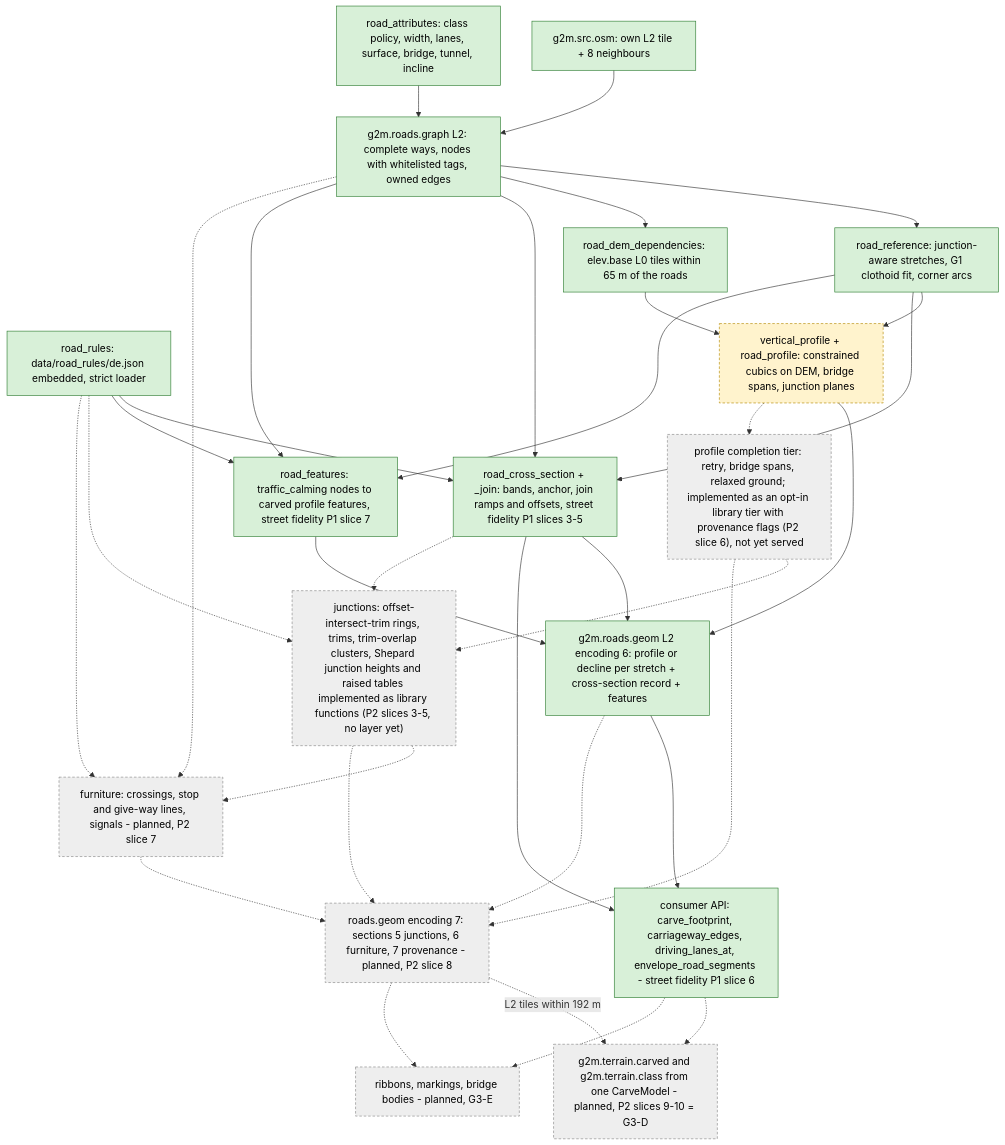
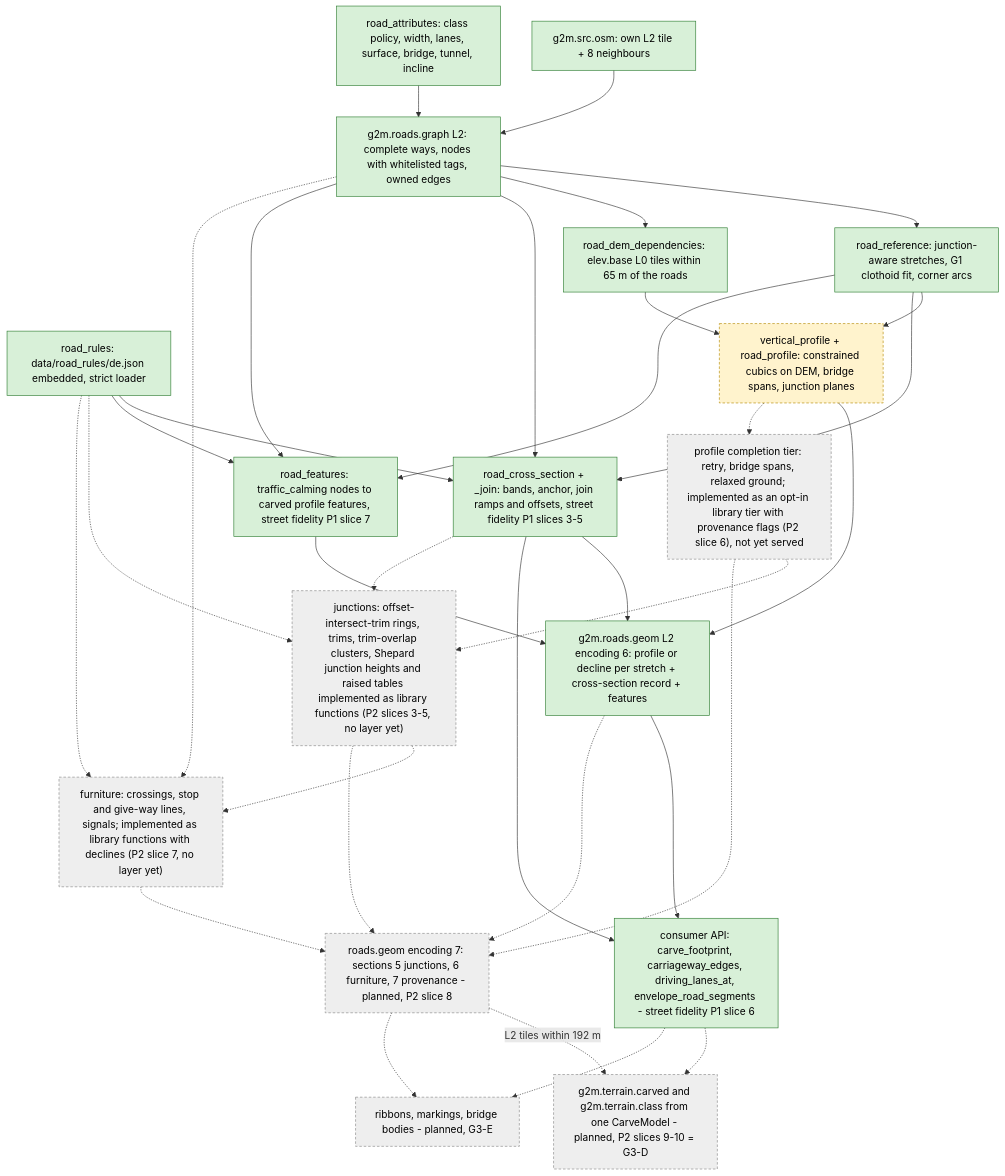
Before and after one commit to SebastianDanielFrenz/geo2map_engine: the diagram in docs/pipeline/roads.md, drawn with Mermaid. The commit also changed other lines of this file and 9 other files, not shown here.

````diff
--- a/docs/pipeline/roads.md
+++ b/docs/pipeline/roads.md
@@ -7,56 +7,56 @@
 ```mermaid
 flowchart TD
   OSM9["g2m.src.osm: own L2 tile + 8 neighbours"]
   ATTR["road_attributes: class policy, width, lanes, surface, bridge, tunnel, incline"]
   GRAPH["g2m.roads.graph L2: complete ways, nodes with whitelisted tags, owned edges"]
   RULES["road_rules: data/road_rules/de.json embedded, strict loader"]
   XS["road_cross_section + _join: bands, anchor, join ramps and offsets, street fidelity P1 slices 3-5"]
   API["consumer API: carve_footprint, carriageway_edges, driving_lanes_at, envelope_road_segments - street fidelity P1 slice 6"]
   REF["road_reference: junction-aware stretches, G1 clothoid fit, corner arcs"]
   DEMDEP["road_dem_dependencies: elev.base L0 tiles within 65 m of the roads"]
   PROF["vertical_profile + road_profile: constrained cubics on DEM, bridge spans, junction planes"]
   FEAT["road_features: traffic_calming nodes to carved profile features, street fidelity P1 slice 7"]
   GEOM["g2m.roads.geom L2 encoding 6: profile or decline per stretch + cross-section record + features"]
   COMPL["profile completion tier: retry, bridge spans, relaxed ground; implemented as an opt-in library tier with provenance flags (P2 slice 6), not yet served"]
   JUNC["junctions: offset-intersect-trim rings, trims, trim-overlap clusters, Shepard junction heights and raised tables implemented as library functions (P2 slices 3-5, no layer yet)"]
-  FURN["furniture: crossings, stop and give-way lines, signals - planned, P2 slice 7"]
+  FURN["furniture: crossings, stop and give-way lines, signals; implemented as library functions with declines (P2 slice 7, no layer yet)"]
   GEOM7["roads.geom encoding 7: sections 5 junctions, 6 furniture, 7 provenance - planned, P2 slice 8"]
   CARVE["g2m.terrain.carved and g2m.terrain.class from one CarveModel - planned, P2 slices 9-10 = G3-D"]
   RIB["ribbons, markings, bridge bodies - planned, G3-E"]
   OSM9 --> GRAPH
   ATTR --> GRAPH
   GRAPH --> REF --> PROF
   GRAPH --> DEMDEP --> PROF
   RULES --> XS
   GRAPH --> XS
   REF --> XS
   XS --> GEOM
   GRAPH --> FEAT
   REF --> FEAT
   RULES --> FEAT
   FEAT --> GEOM
   PROF --> GEOM
   XS --> API
   GEOM --> API
   PROF -.-> COMPL
   COMPL -.-> JUNC
   XS -.-> JUNC
   RULES -.-> JUNC
   JUNC -.-> FURN
   GRAPH -.-> FURN
   RULES -.-> FURN
   COMPL -.-> GEOM7
   JUNC -.-> GEOM7
   FURN -.-> GEOM7
   GEOM -.-> GEOM7
   GEOM7 -.->|"L2 tiles within 192 m"| CARVE
   API -.-> CARVE
   API -.-> RIB
   GEOM7 -.-> RIB
   classDef done fill:#d8f0d8,stroke:#2e7d32,color:#000;
   classDef part fill:#fff3cd,stroke:#b58900,stroke-dasharray:4 3,color:#000;
   classDef plan fill:#eeeeee,stroke:#888888,stroke-dasharray:4 3,color:#000;
   class OSM9,ATTR,GRAPH,REF,DEMDEP,GEOM,RULES,XS,API,FEAT done;
   class PROF part;
   class COMPL,JUNC,FURN,GEOM7,CARVE,RIB plan;
 ```
````
